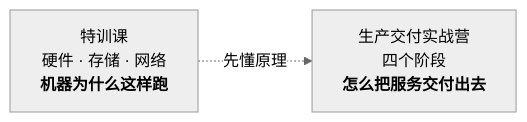
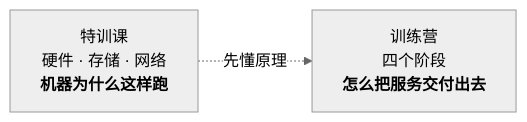
The diagram in README.md (aiinfra-store/aiinfra-store), drawn with Mermaid (neutral theme) before and after one commit. The commit also changed other lines of this file, not shown here.

Commit message:
课程名改回「训练营」

````diff
--- a/README.md
+++ b/README.md
@@ -13,6 +13,6 @@
 ```mermaid
 flowchart LR
     T["特训课<br/>硬件 · 存储 · 网络<br/><b>机器为什么这样跑</b>"]
-    B["生产交付实战营<br/>四个阶段<br/><b>怎么把服务交付出去</b>"]
+    B["训练营<br/>四个阶段<br/><b>怎么把服务交付出去</b>"]
     T -.先懂原理.-> B
 ```
````
